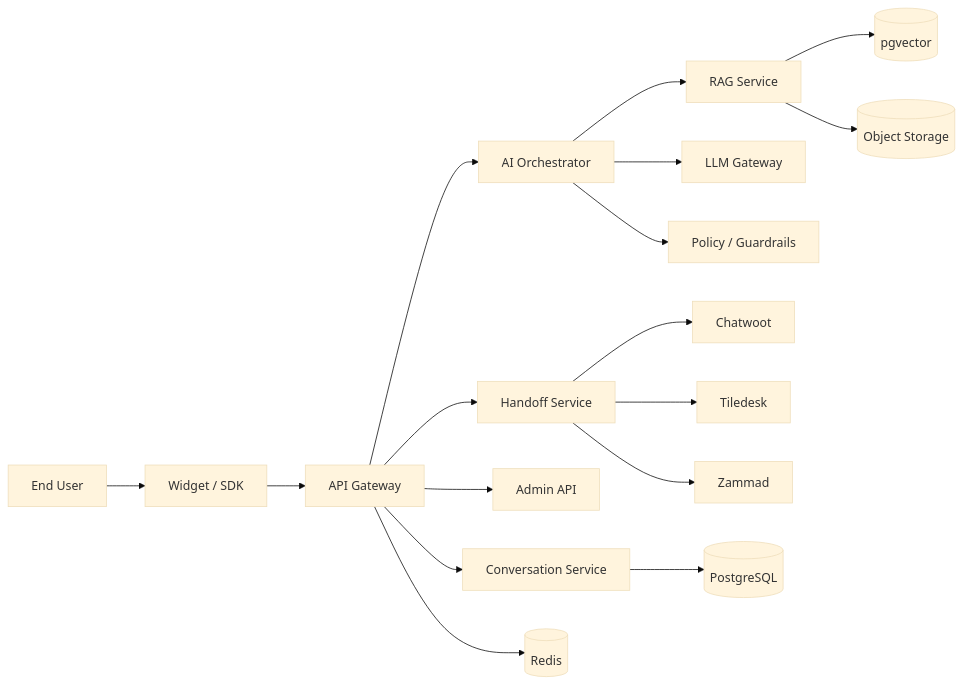
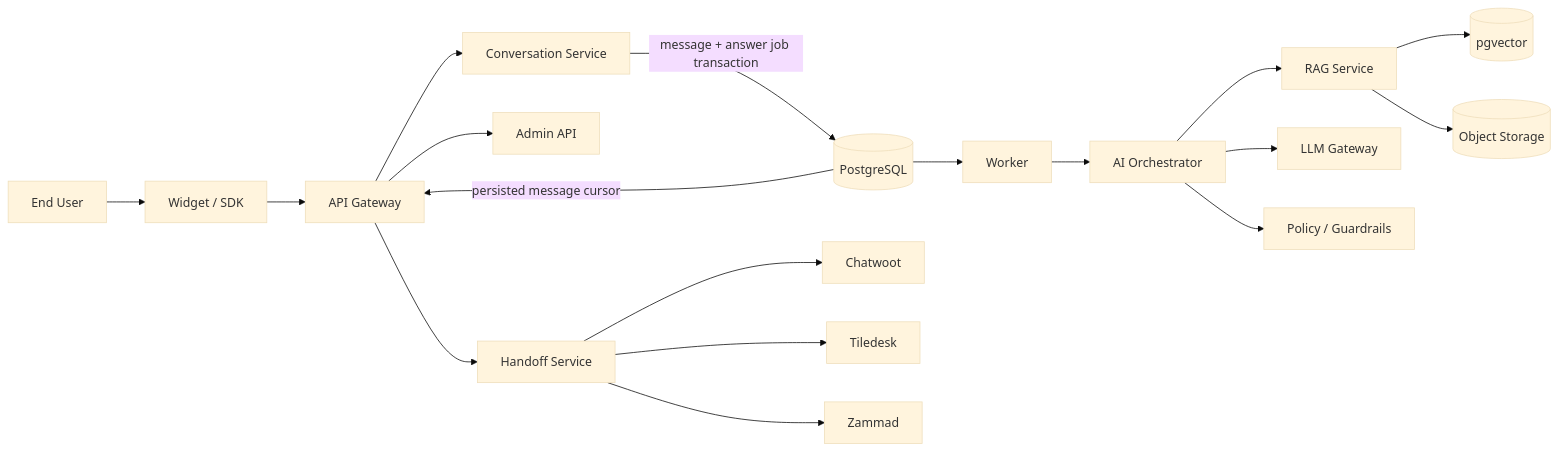
Before and after one commit to HiClawBot/OpenSupportAI: the first of 4 diagrams in docs/ARCHITECTURE.zh-CN.md, drawn with Mermaid (base theme). The commit also changed other lines of this file and 33 other files, not shown here.

````diff
--- a/docs/ARCHITECTURE.zh-CN.md
+++ b/docs/ARCHITECTURE.zh-CN.md
@@ -23,19 +23,20 @@
 ```mermaid
 flowchart LR
   U[End User] --> W[Widget / SDK]
   W --> API[API Gateway]
   API --> C[Conversation Service]
-  API --> AI[AI Orchestrator]
+  C -->|message + answer job transaction| DB[(PostgreSQL)]
+  DB --> WK[Worker]
+  WK --> AI[AI Orchestrator]
   API --> A[Admin API]
   AI --> R[RAG Service]
   AI --> L[LLM Gateway]
   AI --> P[Policy / Guardrails]
   API --> H[Handoff Service]
   H --> CW[Chatwoot]
   H --> TD[Tiledesk]
   H --> ZA[Zammad]
-  C --> DB[(PostgreSQL)]
   R --> V[(pgvector)]
-  API --> Q[(Redis)]
+  DB -->|persisted message cursor| API
   R --> S[(Object Storage)]
 ```
````
